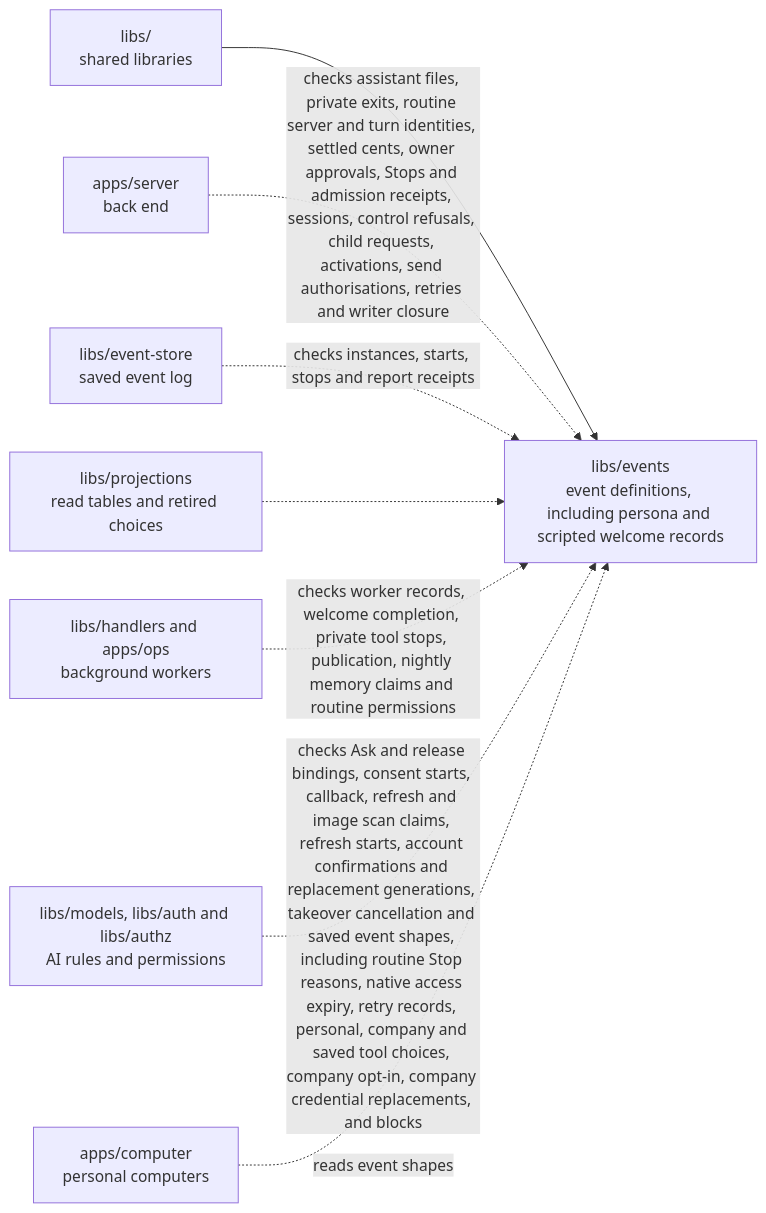
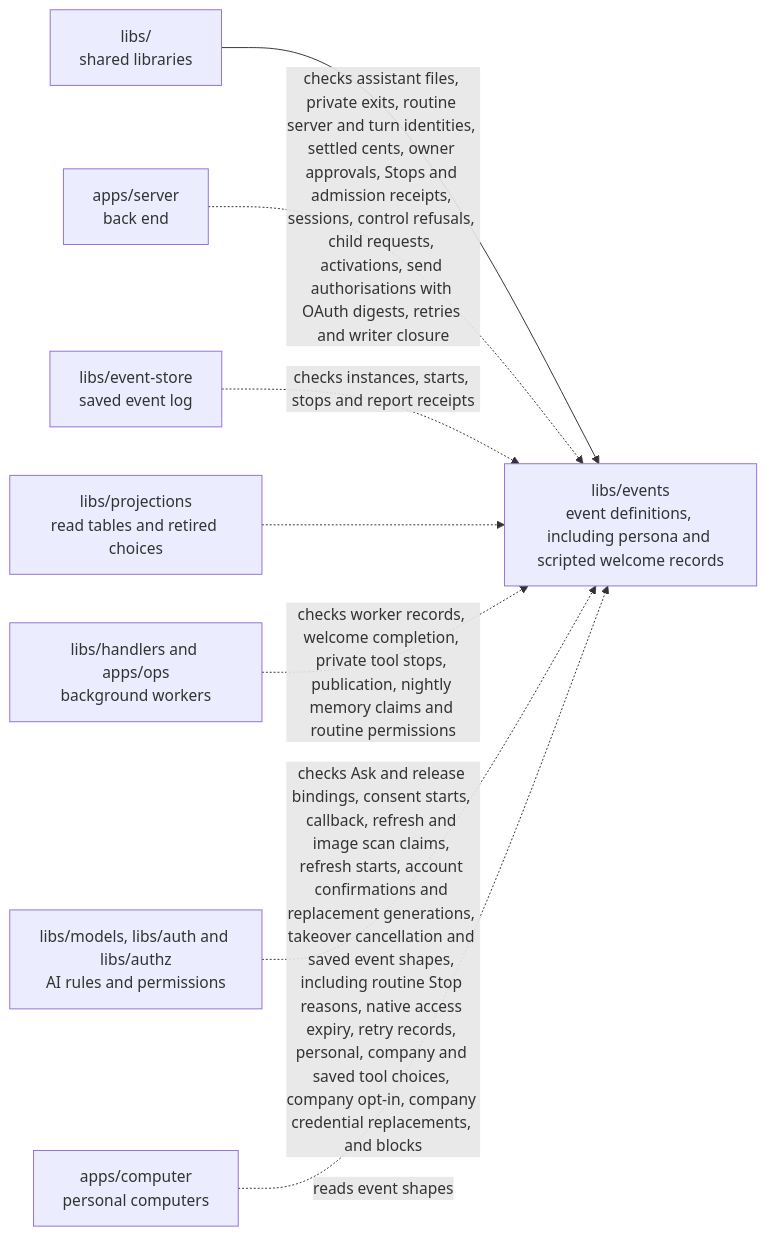
The diagram in libs/events/README.md (elewa-git/opencrane-new), drawn with Mermaid before and after one commit. The commit also changed other lines of this file and 15 other files, not shown here.

Commit message:
🔒 Bind routine send authorisation to checked OAuth settings

````diff
--- a/libs/events/README.md
+++ b/libs/events/README.md
@@ -61,10 +61,10 @@
 ```mermaid
 flowchart LR
   parent["libs/<br/>shared libraries"] --> events["libs/events<br/>event definitions, including persona and scripted welcome records"]
-  server["apps/server<br/>back end"] -.->|checks assistant files, private exits, routine server and turn identities, settled cents, owner approvals, Stops and admission receipts, sessions, control refusals, child requests, activations, send authorisations, retries and writer closure| events
+  server["apps/server<br/>back end"] -.->|checks assistant files, private exits, routine server and turn identities, settled cents, owner approvals, Stops and admission receipts, sessions, control refusals, child requests, activations, send authorisations with OAuth digests, retries and writer closure| events
   store["libs/event-store<br/>saved event log"] -.->|checks instances, starts, stops and report receipts| events
   projections["libs/projections<br/>read tables and retired choices"] -.-> events
   workers["libs/handlers and apps/ops<br/>background workers"] -.->|checks worker records, welcome completion, private tool stops, publication, nightly memory claims and routine permissions| events
   models["libs/models, libs/auth and libs/authz<br/>AI rules and permissions"] -.->|checks Ask and release bindings, consent starts, callback, refresh and image scan claims, refresh starts, account confirmations and replacement generations, takeover cancellation and saved event shapes, including routine Stop reasons, native access expiry, retry records, personal, company and saved tool choices, company opt-in, company credential replacements, and blocks| events
   computer["apps/computer<br/>personal computers"] -.->|reads event shapes| events
 ```
````
